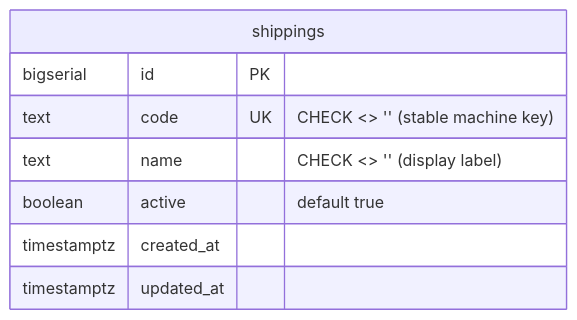
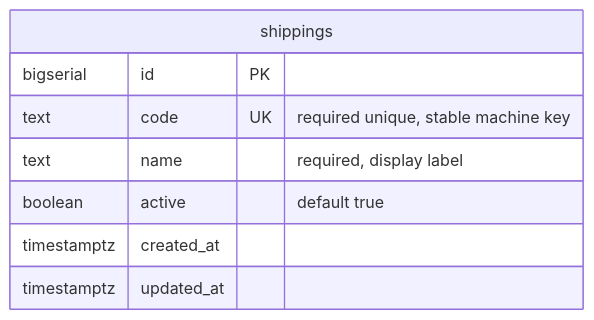
One commit to pdcgo/warehouse_revamp changed the third of 7 diagrams in docs/database-schema.md. Above: the diagram before and after it, drawn with Mermaid. The commit also changed other lines of this file, not shown here.

First line of the commit message:
docs: fix mermaid render errors in schema diagrams (#30 rework)

````diff
--- a/docs/database-schema.md
+++ b/docs/database-schema.md
@@ -105,11 +105,11 @@
 ```mermaid
 erDiagram
     shippings {
         bigserial   id         PK
-        text        code       UK "CHECK <> '' (stable machine key)"
-        text        name       "CHECK <> '' (display label)"
+        text        code       UK "required unique, stable machine key"
+        text        name       "required, display label"
         boolean     active     "default true"
         timestamptz created_at
         timestamptz updated_at
     }
 ```
````
